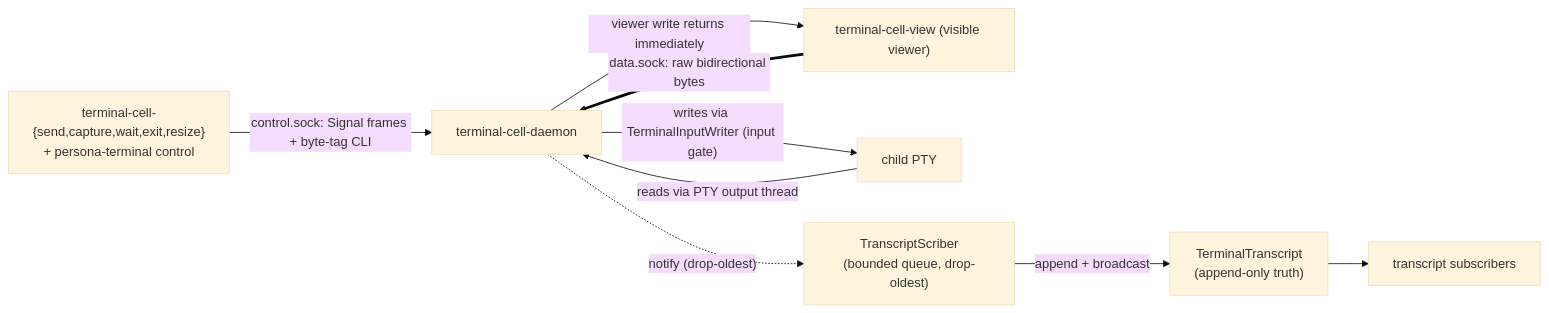
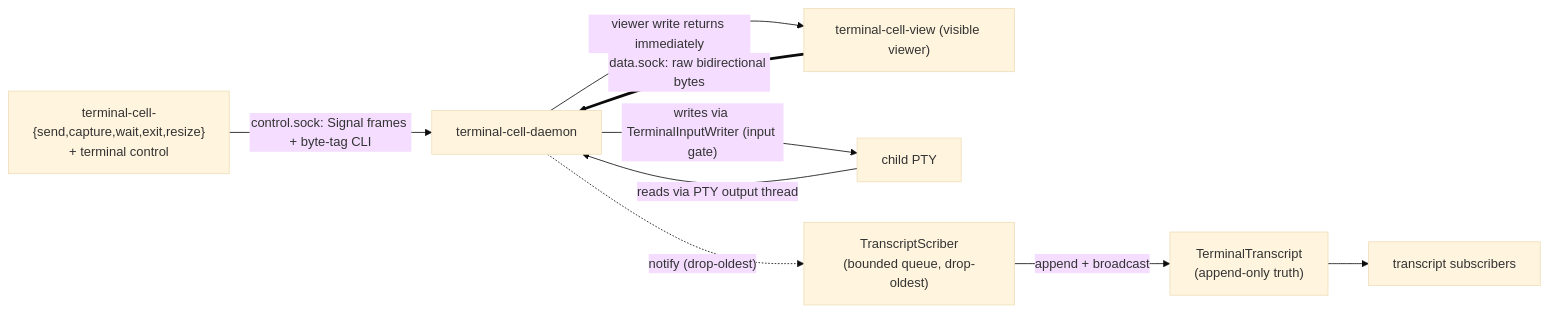
The diagram in ARCHITECTURE.md (LiGoldragon/terminal-cell), drawn with Mermaid (base theme) before and after one commit. The commit also changed other lines of this file and 9 other files, not shown here.

Commit message:
terminal-cell: follow terminal signal rename

````diff
--- a/ARCHITECTURE.md
+++ b/ARCHITECTURE.md
@@ -14,19 +14,19 @@
 ```mermaid
 flowchart LR
-    cli["terminal-cell-{send,capture,wait,exit,resize}<br/>+ persona-terminal control"]
+    cli["terminal-cell-{send,capture,wait,exit,resize}<br/>+ terminal control"]
     viewer["terminal-cell-view (visible viewer)"]
     daemon["terminal-cell-daemon"]
     pty["child PTY"]
     scriber["TranscriptScriber<br/>(bounded queue, drop-oldest)"]
     transcript["TerminalTranscript<br/>(append-only truth)"]
     subscribers["transcript subscribers"]
 
     cli -- "control.sock: Signal frames + byte-tag CLI" --> daemon
     viewer == "data.sock: raw bidirectional bytes" ==> daemon
     daemon -- "writes via TerminalInputWriter (input gate)" --> pty
     pty -- "reads via PTY output thread" --> daemon
     daemon -- "viewer write returns immediately" --> viewer
     daemon -. "notify (drop-oldest)" .-> scriber
     scriber -- "append + broadcast" --> transcript
     transcript --> subscribers
 ```
````
